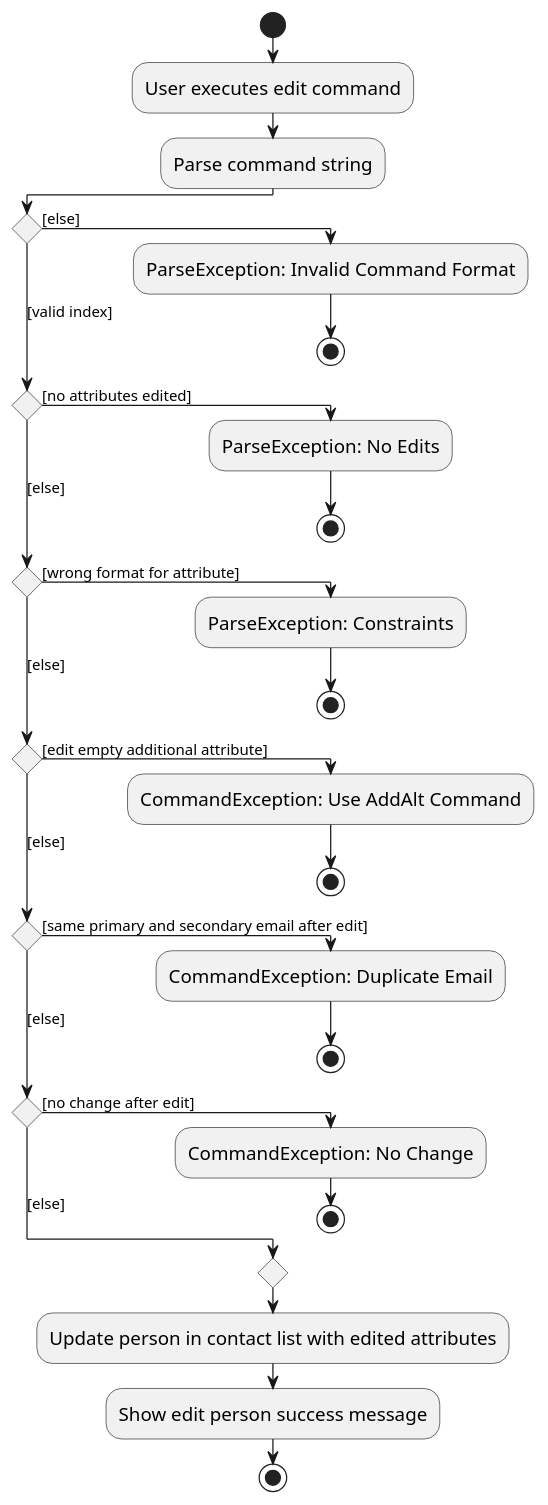
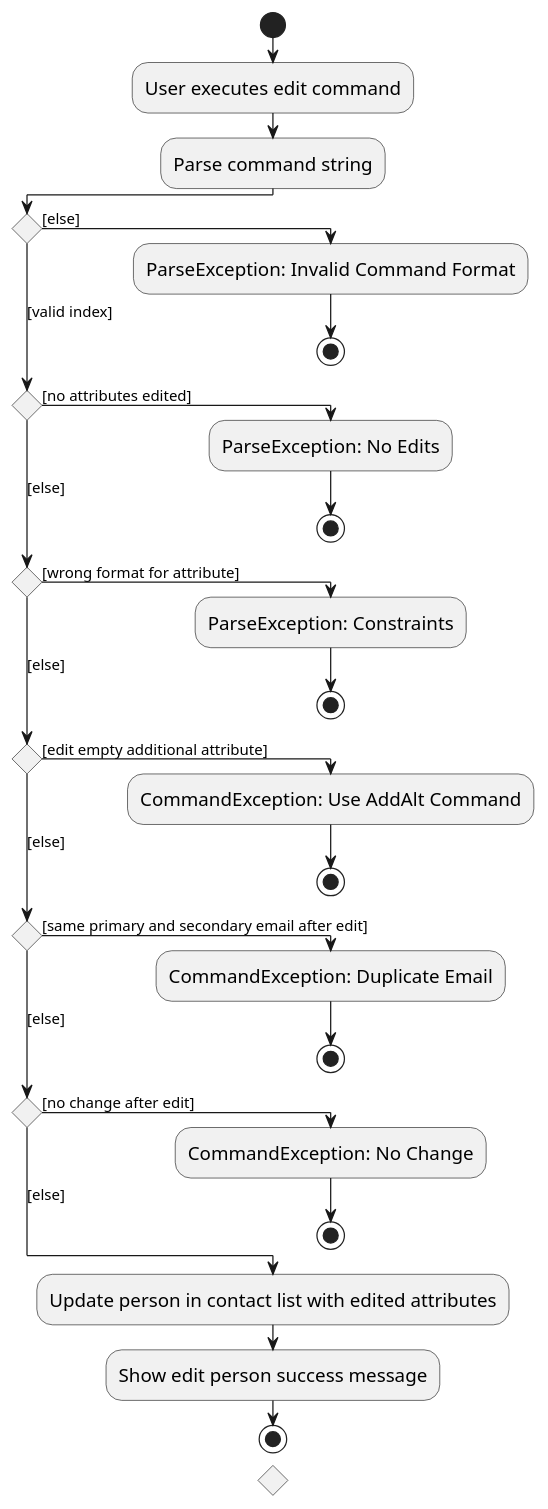
Before and after one commit to kokrui/tp: the diagram in diagrams/EditActivityDiagram.puml, drawn with PlantUML. The commit also changed 47 other files, not shown here.

```diff
--- a/diagrams/EditActivityDiagram.puml
+++ b/diagrams/EditActivityDiagram.puml
@@ -1,34 +1,33 @@
 @startuml
 skinparam ActivityFontSize 15
 skinparam ArrowFontSize 12
 !pragma useVerticalIf on
 start
 :User executes edit command;
 :Parse command string;
 
 if () then ([else])
     :ParseException: Invalid Command Format;
     stop
 ([valid index]) elseif () then ([no attributes edited])
     :ParseException: No Edits;
     stop
 ([else]) elseif () then ([wrong format for attribute])
     :ParseException: Constraints;
     stop
 ([else]) elseif () then ([edit empty additional attribute])
     :CommandException: Use AddAlt Command;
     stop
 ([else]) elseif () then ([same primary and secondary email after edit])
     :CommandException: Duplicate Email;
     stop
 ([else]) elseif () then ([no change after edit])
     :CommandException: No Change;
     stop
 else ([else])
 
-endif
 :Update person in contact list with edited attributes;
 :Show edit person success message;
 
 stop
 @enduml
```
